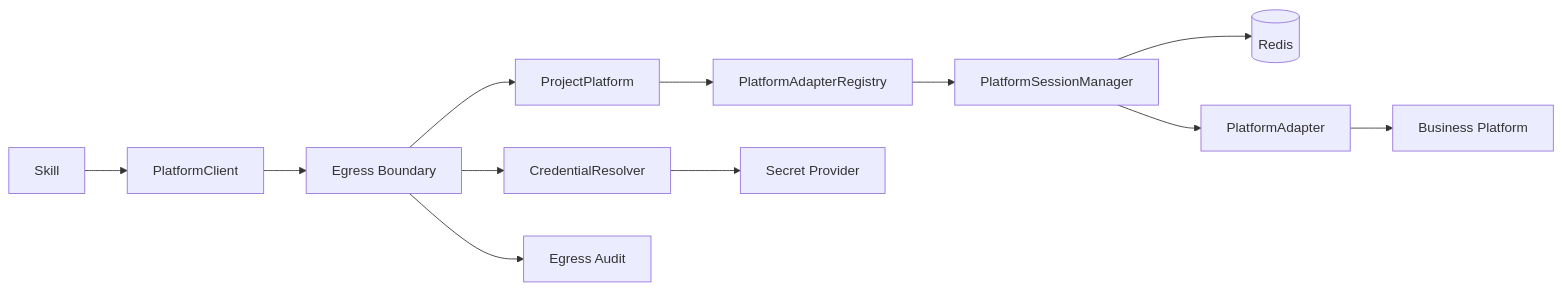
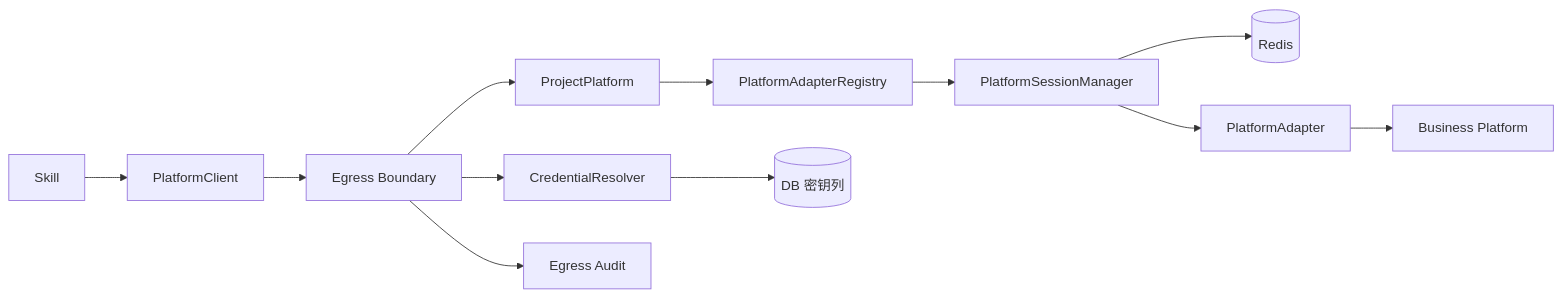
The first of 2 diagrams in docs/12-项目平台适配与Session详细设计.md (Michaelxwb/fluxion-harness), drawn with Mermaid before and after one commit. The commit also changed other lines of this file and 116 other files, not shown here.

````diff
--- a/docs/12-项目平台适配与Session详细设计.md
+++ b/docs/12-项目平台适配与Session详细设计.md
@@ -31,14 +31,14 @@
 ```mermaid
 flowchart LR
     SK[Skill] --> PC[PlatformClient]
     PC --> EB[Egress Boundary]
     EB --> PP[ProjectPlatform]
     PP --> REG[PlatformAdapterRegistry]
     EB --> CR[CredentialResolver]
-    CR --> SP[Secret Provider]
+    CR --> SP[(DB 密钥列)]
     REG --> SM[PlatformSessionManager]
     SM --> RD[(Redis)]
     SM --> AD[PlatformAdapter]
     AD --> BP[Business Platform]
     EB --> AUDIT[Egress Audit]
 ```
````
